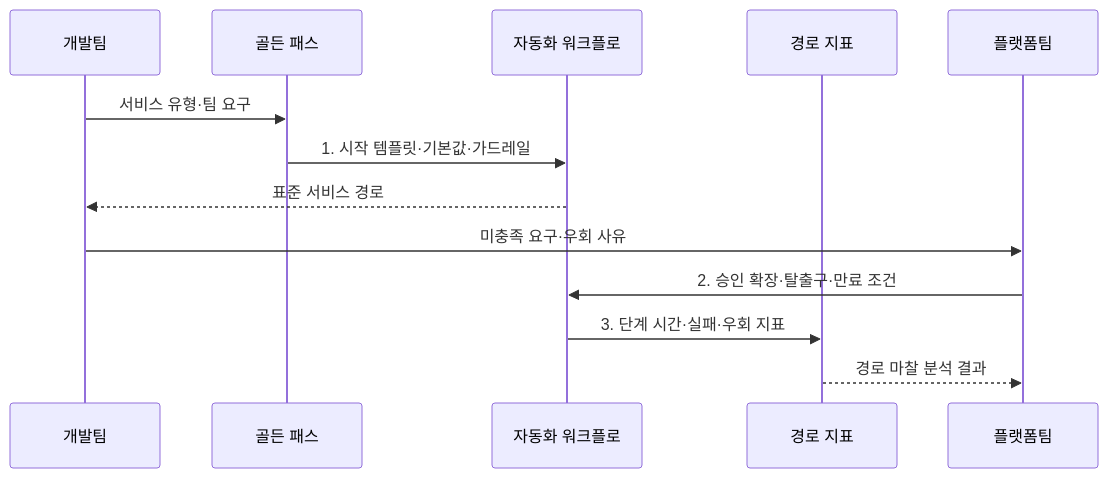
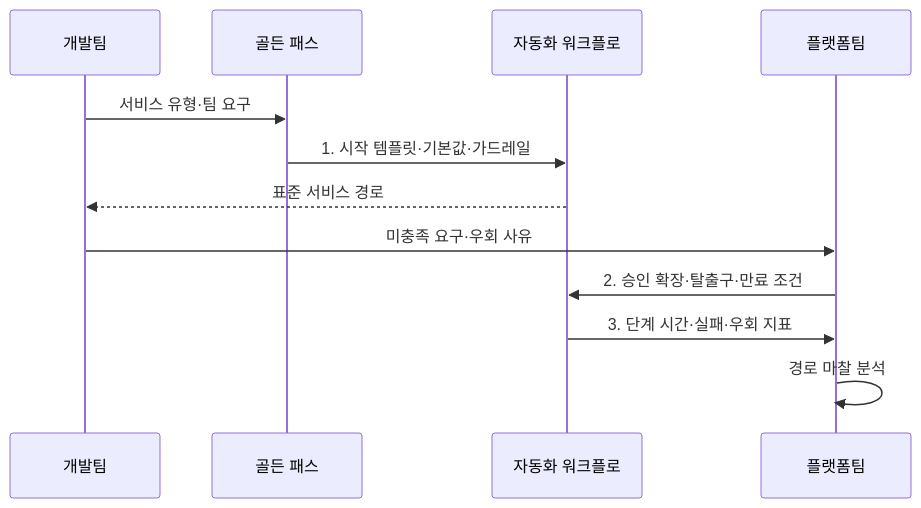
The second of 2 diagrams in src/content/docs/notes/03-software/083_internal_developer_platform_golden_path.md (agnusdei1207/knowledge-base), drawn with Mermaid before and after one commit. The commit also changed 7 other files, not shown here.

Commit message:
Streamline software data diagrams

````diff
--- a/src/content/docs/notes/03-software/083_internal_developer_platform_golden_path.md
+++ b/src/content/docs/notes/03-software/083_internal_developer_platform_golden_path.md
@@ -105,15 +105,14 @@
 ```mermaid
 sequenceDiagram
     participant D as 개발팀
     participant P as 골든 패스
     participant W as 자동화 워크플로
-    participant M as 경로 지표
     participant A as 플랫폼팀
     D->>P: 서비스 유형·팀 요구
     P->>W: 1. 시작 템플릿·기본값·가드레일
     W-->>D: 표준 서비스 경로
     D->>A: 미충족 요구·우회 사유
     A->>W: 2. 승인 확장·탈출구·만료 조건
-    W->>M: 3. 단계 시간·실패·우회 지표
-    M-->>A: 경로 마찰 분석 결과
+    W->>A: 3. 단계 시간·실패·우회 지표
+    A->>A: 경로 마찰 분석
 ```
````
